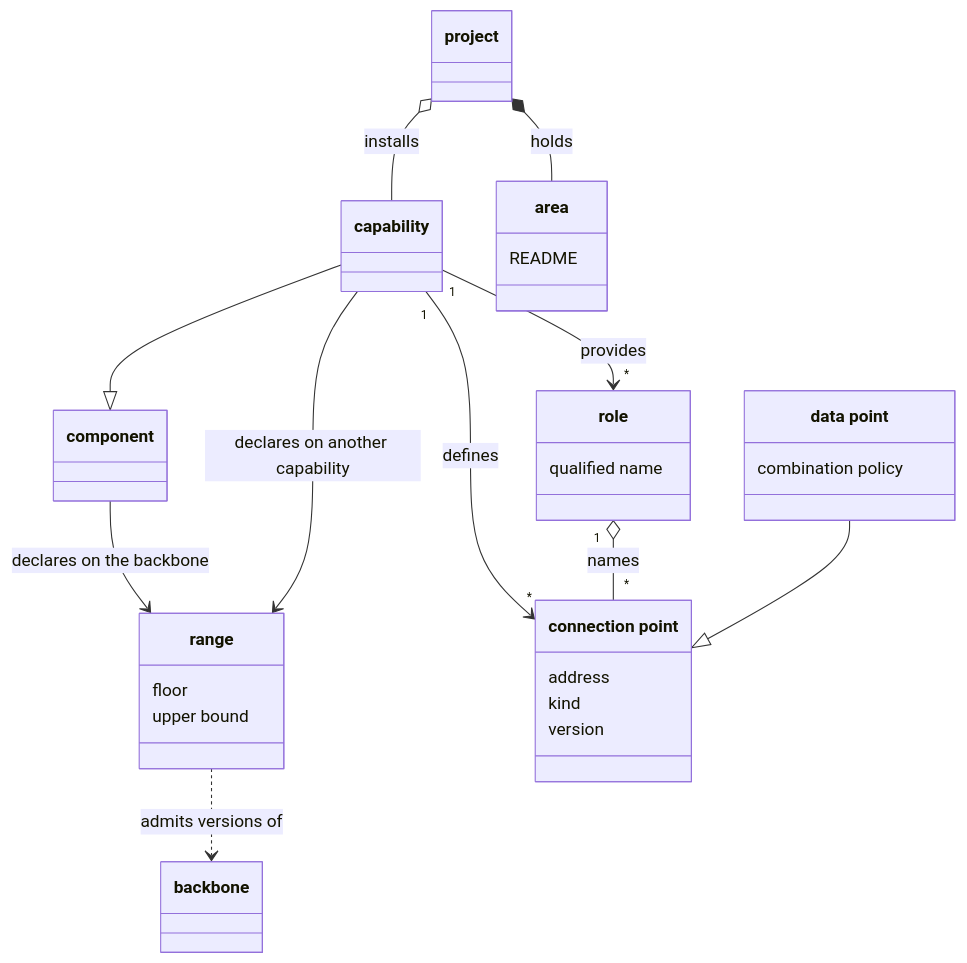
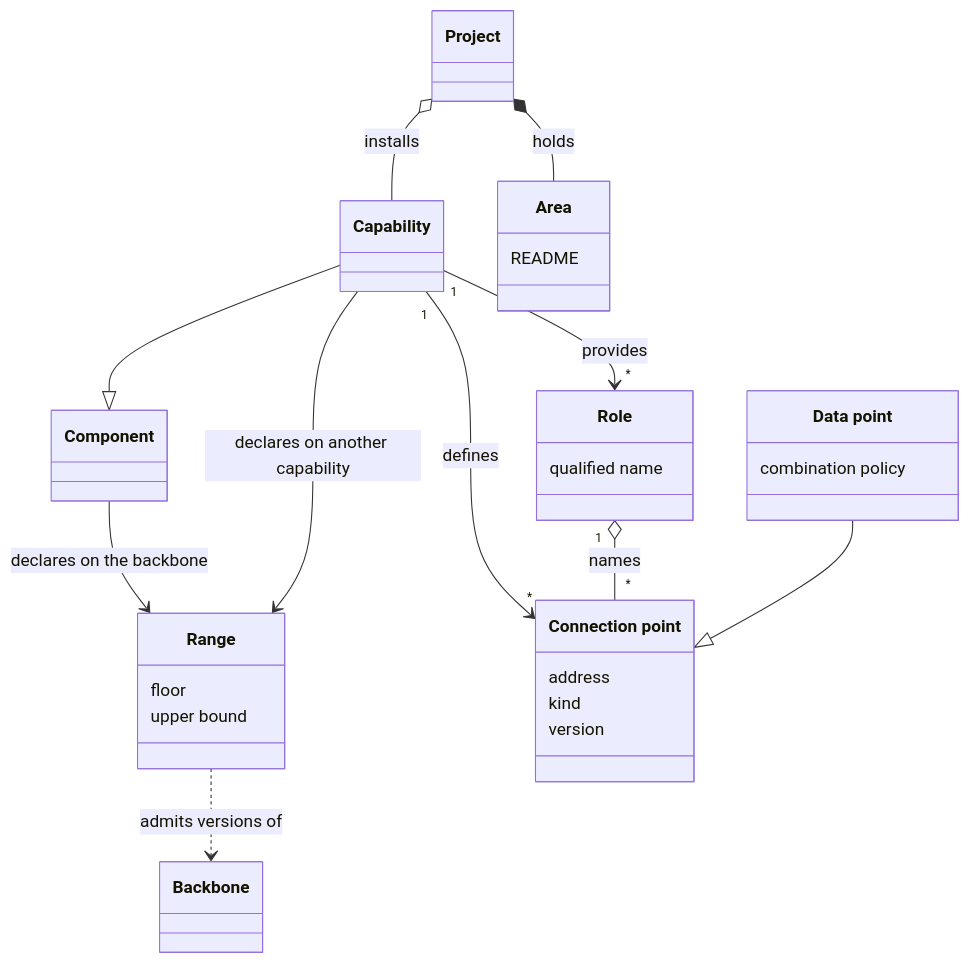
The diagram in tech-docs/analysis/core/domain-model/030-capabilities-areas-and-connection-points.md (aleskalfas/project-kit), drawn with Mermaid before and after one commit. The commit also changed other lines of this file and 6 other files, not shown here.

````diff
--- a/tech-docs/analysis/core/domain-model/030-capabilities-areas-and-connection-points.md
+++ b/tech-docs/analysis/core/domain-model/030-capabilities-areas-and-connection-points.md
@@ -50,32 +50,32 @@
 ```mermaid
 classDiagram
   accTitle: Capabilities, areas and connection points
   accDescr: A capability is a component a project chooses to install. A component declares a range on the backbone, and a capability may declare a range on another capability. An area is a slice of a project's .pkit tree that needs no install. A capability provides roles, and under a role it defines connection points, which other components fill, depend on or subscribe to. A data point is the kind of connection point that takes data in.
-  class Component["component"]
-  class Backbone["backbone"]
-  class Project["project"]
-  class Capability["capability"]
-  class Range["range"]
+  class Component["Component"]
+  class Backbone["Backbone"]
+  class Project["Project"]
+  class Capability["Capability"]
+  class Range["Range"]
   Range : floor
   Range : upper bound
-  class Area["area"]
+  class Area["Area"]
   Area : README
-  class ConnectionPoint["connection point"]
+  class ConnectionPoint["Connection point"]
   ConnectionPoint : address
   ConnectionPoint : kind
   ConnectionPoint : version
-  class Role["role"]
+  class Role["Role"]
   Role : qualified name
-  class DataPoint["data point"]
+  class DataPoint["Data point"]
   DataPoint : combination policy
   Capability --|> Component
   Project o-- Capability : installs
   Project *-- Area : holds
   Component --> Range : declares on the backbone
   Capability --> Range : declares on another capability
   Range ..> Backbone : admits versions of
   Capability "1" --> "*" Role : provides
   Capability "1" --> "*" ConnectionPoint : defines
   Role "1" o-- "*" ConnectionPoint : names
   DataPoint --|> ConnectionPoint
 ```
````
